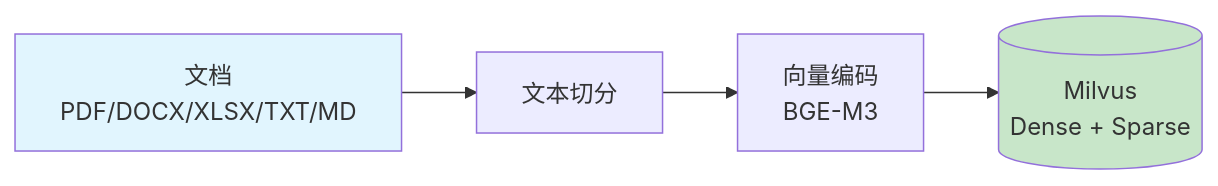
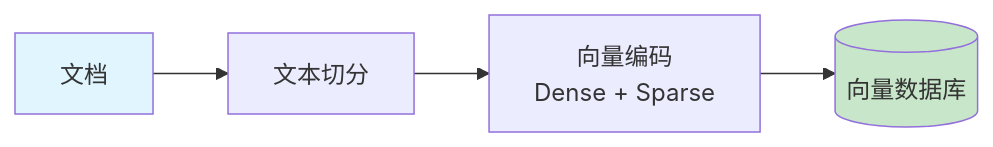
Before and after one commit to lg114/RagMate: the first of 2 diagrams in README_zh.md, drawn with Mermaid. The commit also changed other lines of this file and 1 other file, not shown here.

First line of the commit message:
Simplify README diagrams and descriptions

````diff
--- a/README_zh.md
+++ b/README_zh.md
@@ -32,9 +32,9 @@
 ```mermaid
 flowchart LR
-    A[文档\nPDF/DOCX/XLSX/TXT/MD] --> B[文本切分]
-    B --> C[向量编码\nBGE-M3]
-    C --> D[(Milvus\nDense + Sparse)]
+    A[文档] --> B[文本切分]
+    B --> C[向量编码\nDense + Sparse]
+    C --> D[(向量数据库)]
 
     style A fill:#e1f5fe
     style D fill:#c8e6c9
 ```
````
